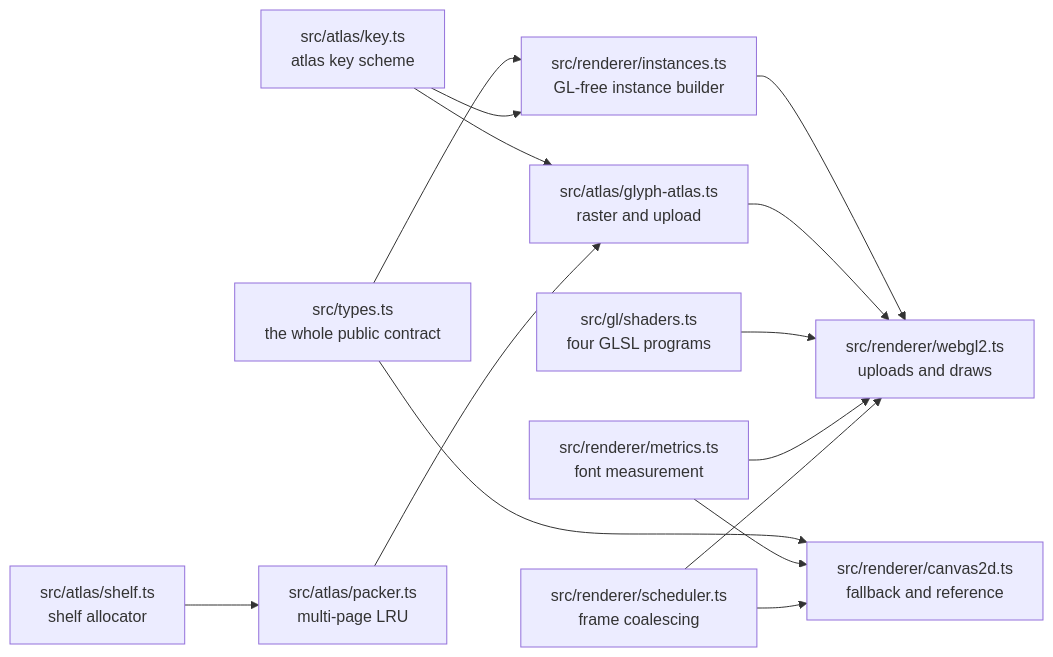
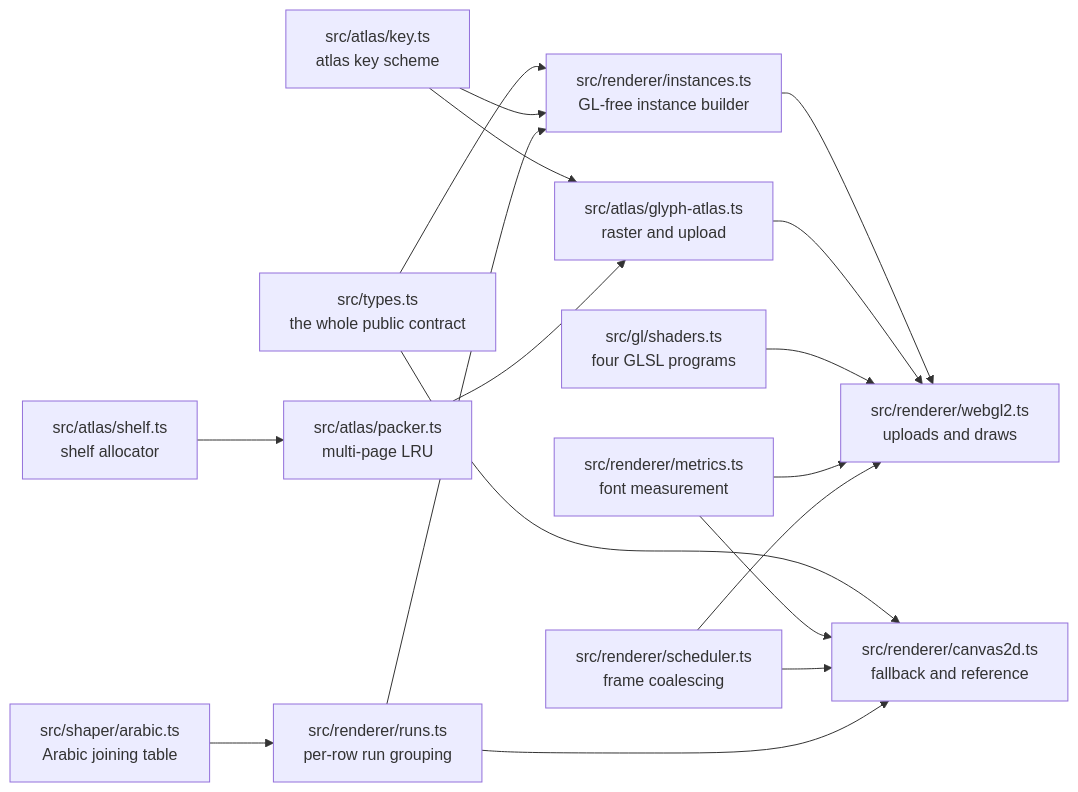
One commit to Gaurav-Gosain/vtgl changed the first of 2 diagrams in docs/architecture.md. Above: the diagram before and after it, drawn with Mermaid. The commit also changed other lines of this file and 19 other files, not shown here.

First line of the commit message:
feat(shaper): join Arabic via the browser's own shaper, opt-in

````diff
--- a/docs/architecture.md
+++ b/docs/architecture.md
@@ -9,16 +9,19 @@
 ```mermaid
 flowchart LR
   TYPES[src/types.ts<br/>the whole public contract] --> INST[src/renderer/instances.ts<br/>GL-free instance builder]
   TYPES --> C2D[src/renderer/canvas2d.ts<br/>fallback and reference]
   KEY[src/atlas/key.ts<br/>atlas key scheme] --> INST
   KEY --> ATL[src/atlas/glyph-atlas.ts<br/>raster and upload]
   SHELF[src/atlas/shelf.ts<br/>shelf allocator] --> PACK[src/atlas/packer.ts<br/>multi-page LRU]
   PACK --> ATL
   INST --> GL[src/renderer/webgl2.ts<br/>uploads and draws]
   ATL --> GL
   SHADE[src/gl/shaders.ts<br/>four GLSL programs] --> GL
   MET[src/renderer/metrics.ts<br/>font measurement] --> GL
   MET --> C2D
   SCH[src/renderer/scheduler.ts<br/>frame coalescing] --> GL
   SCH --> C2D
+  ARA[src/shaper/arabic.ts<br/>Arabic joining table] --> RUN[src/renderer/runs.ts<br/>per-row run grouping]
+  RUN --> INST
+  RUN --> C2D
 ```
````
